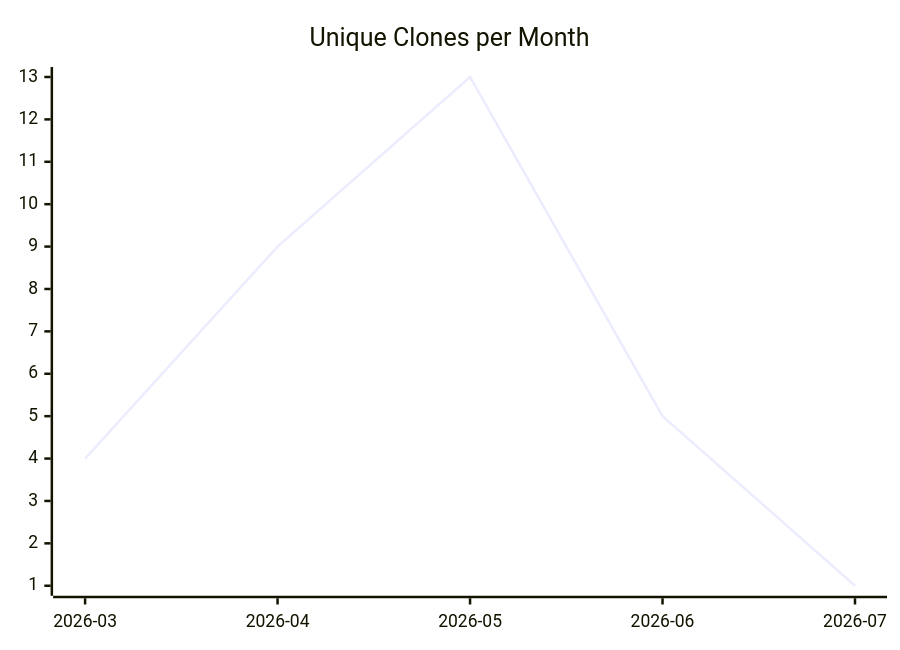
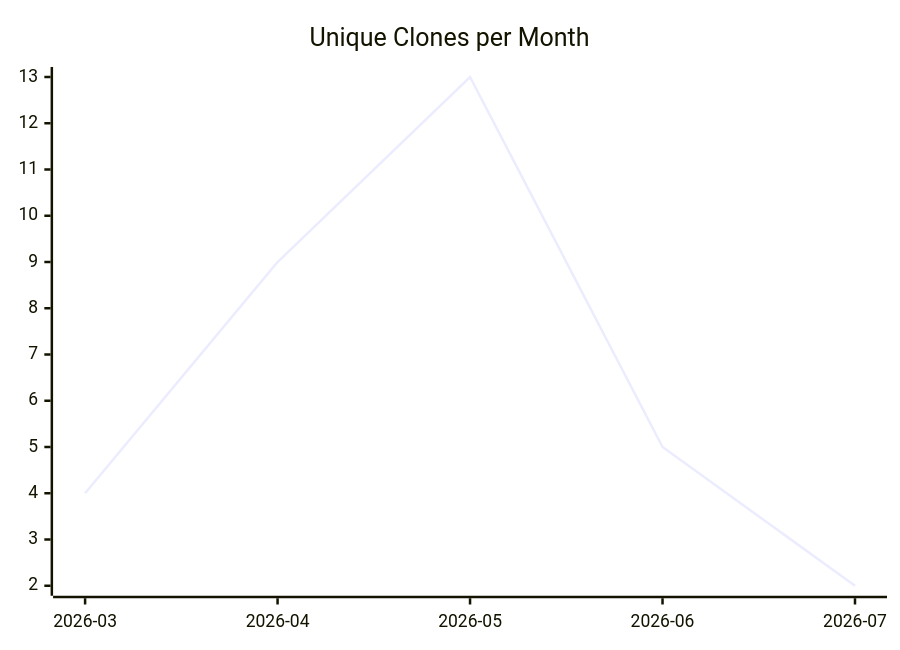
Before and after one commit to justdavis-family/github-analytics-data: the third of 3 diagrams in karlmdavis/justdavis-puppet/README.md, drawn with Mermaid. The commit also changed other lines of this file and 180 other files, not shown here.

````diff
--- a/karlmdavis/justdavis-puppet/README.md
+++ b/karlmdavis/justdavis-puppet/README.md
@@ -19,6 +19,6 @@
 ```mermaid
 xychart-beta
   title "Unique Clones per Month"
   x-axis ["2026-03", "2026-04", "2026-05", "2026-06", "2026-07"]
-  line [4, 9, 13, 5, 1]
+  line [4, 9, 13, 5, 2]
 ```
````
